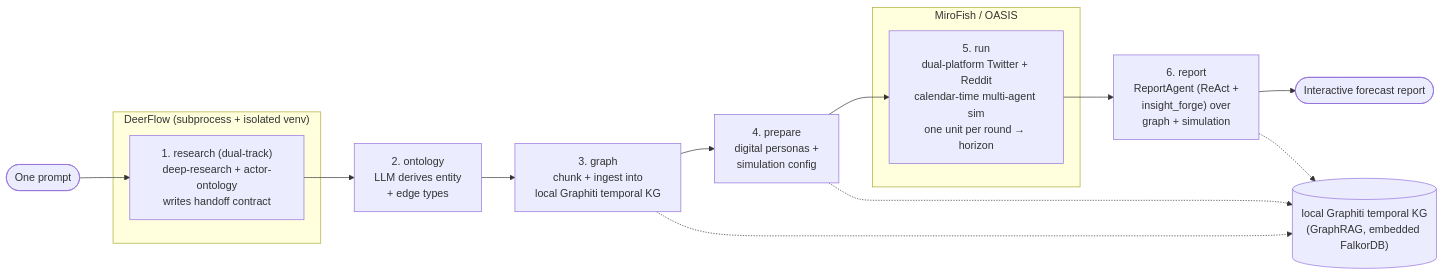
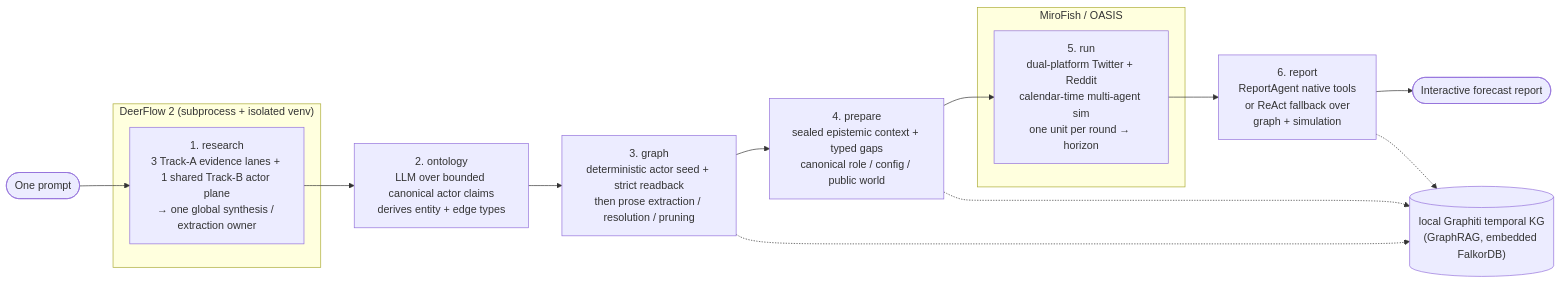
The first of 2 diagrams in README.md (linroger/DeepAgentForecast), drawn with Mermaid before and after one commit. The commit also changed other lines of this file and 76 other files, not shown here.

````diff
--- a/README.md
+++ b/README.md
@@ -121,25 +179,25 @@
 ```mermaid
 flowchart LR
     P([One prompt]) --> R
 
-    subgraph DeerFlow["DeerFlow (subprocess + isolated venv)"]
-        R["1. research (dual-track)<br/>deep-research + actor-ontology<br/>writes handoff contract"]
+    subgraph DeerFlow["DeerFlow 2 (subprocess + isolated venv)"]
+        R["1. research<br/>3 Track-A evidence lanes + 1 shared Track-B actor plane<br/>→ one global synthesis / extraction owner"]
     end
 
-    R --> O["2. ontology<br/>LLM derives entity<br/>+ edge types"]
-    O --> G["3. graph<br/>chunk + ingest into<br/>local Graphiti temporal KG"]
-    G --> PR["4. prepare<br/>digital personas +<br/>simulation config"]
+    R --> O["2. ontology<br/>LLM over bounded canonical actor claims<br/>derives entity + edge types"]
+    O --> G["3. graph<br/>deterministic actor seed + strict readback<br/>then prose extraction / resolution / pruning"]
+    G --> PR["4. prepare<br/>sealed epistemic context + typed gaps<br/>canonical role / config / public world"]
 
     subgraph OASIS["MiroFish / OASIS"]
         RUN["5. run<br/>dual-platform Twitter + Reddit<br/>calendar-time multi-agent sim<br/>one unit per round → horizon"]
     end
 
     PR --> RUN
-    RUN --> REP["6. report<br/>ReportAgent (ReAct +<br/>insight_forge) over<br/>graph + simulation"]
+    RUN --> REP["6. report<br/>ReportAgent native tools<br/>or ReAct fallback over<br/>graph + simulation"]
     REP --> F([Interactive forecast report])
 
     KG[("local Graphiti temporal KG<br/>(GraphRAG, embedded FalkorDB)")]
     G -.-> KG
     PR -.-> KG
     REP -.-> KG
 ```
````
